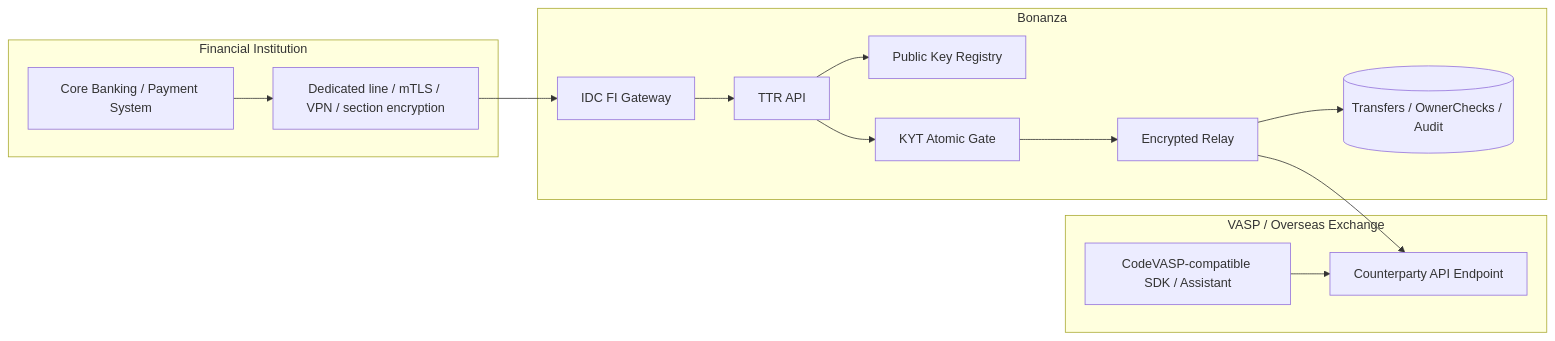
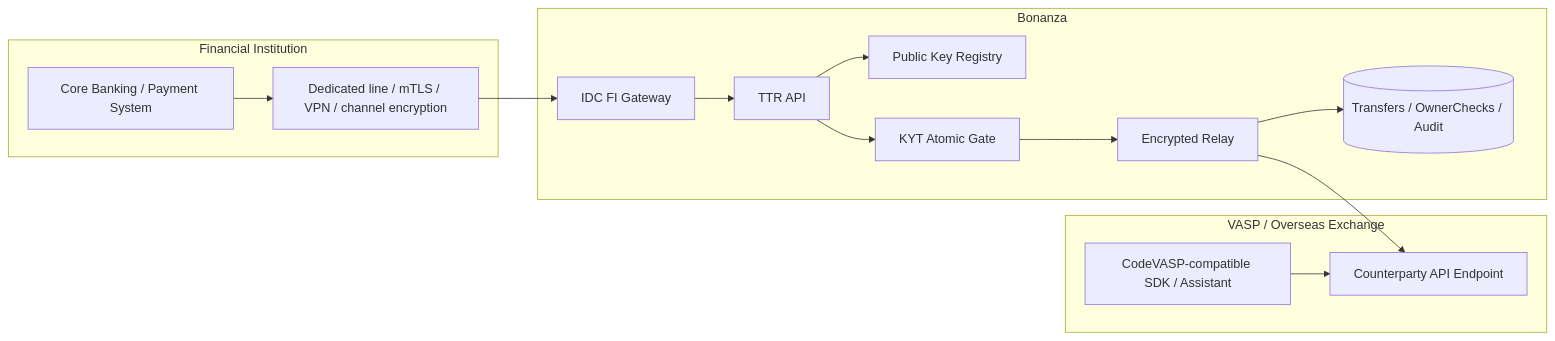
One commit to alvintracer/transight-tr changed the first of 2 diagrams in AI-Sessions/wiki/design/2026-08-21-ttr-codevasp-core-redesign-plan.md. Above: the diagram before and after it, drawn with Mermaid. The commit also changed 62 other files, not shown here.

````diff
--- a/AI-Sessions/wiki/design/2026-08-21-ttr-codevasp-core-redesign-plan.md
+++ b/AI-Sessions/wiki/design/2026-08-21-ttr-codevasp-core-redesign-plan.md
@@ -48,29 +48,29 @@
 ```mermaid
 flowchart LR
   subgraph FI["Financial Institution"]
     CORE["Core Banking / Payment System"]
-    CH["Dedicated line / mTLS / VPN / section encryption"]
+    CH["Dedicated line / mTLS / VPN / channel encryption"]
   end
 
   subgraph BZ["Bonanza"]
     IDC["IDC FI Gateway"]
     API["TTR API"]
     REG["Public Key Registry"]
     RELAY["Encrypted Relay"]
     KYT["KYT Atomic Gate"]
     DB[("Transfers / OwnerChecks / Audit")]
   end
 
   subgraph VASP["VASP / Overseas Exchange"]
     SDK["CodeVASP-compatible SDK / Assistant"]
     ENDPOINT["Counterparty API Endpoint"]
   end
 
   CORE --> CH --> IDC --> API
   SDK --> ENDPOINT
   API --> REG
   API --> KYT
   KYT --> RELAY
   RELAY --> DB
   RELAY --> ENDPOINT
 ```
````
